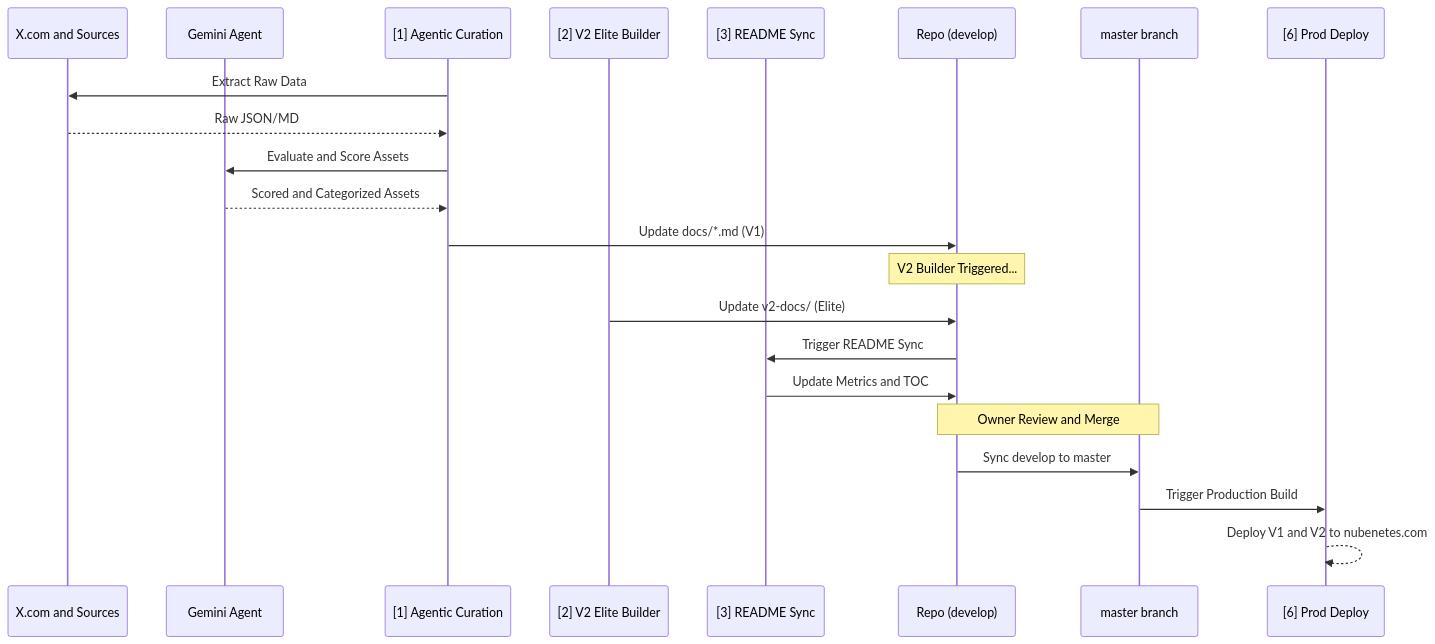
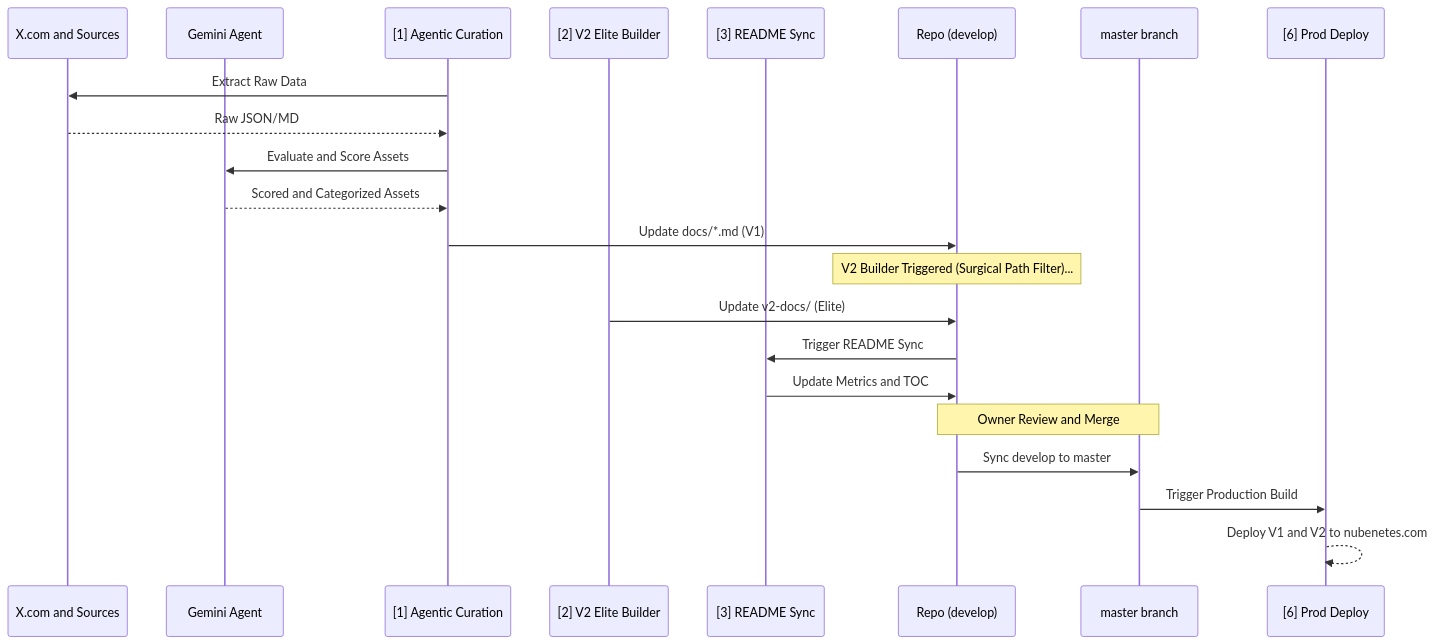
One commit to nubenetes/awesome-kubernetes changed the tenth of 11 diagrams in README.md. Above: the diagram before and after it, drawn with Mermaid. The commit also changed other lines of this file, not shown here.

Commit message:
docs: update README trigger logic documentation to match surgical strategy

````diff
--- a/README.md
+++ b/README.md
@@ -648,25 +649,25 @@
 ```mermaid
 sequenceDiagram
     participant X as X.com and Sources
     participant G as Gemini Agent
     participant W1 as [1] Agentic Curation
     participant W2 as [2] V2 Elite Builder
     participant W3 as [3] README Sync
     participant R as Repo (develop)
     participant M as master branch
     participant P as [6] Prod Deploy
 
     W1->>X: Extract Raw Data
     X-->>W1: Raw JSON/MD
     W1->>G: Evaluate and Score Assets
     G-->>W1: Scored and Categorized Assets
     W1->>R: Update docs/*.md (V1)
-    Note over R: V2 Builder Triggered...
+    Note over R: V2 Builder Triggered (Surgical Path Filter)...
     W2->>R: Update v2-docs/ (Elite)
     R->>W3: Trigger README Sync
     W3->>R: Update Metrics and TOC
     Note over R, M: Owner Review and Merge
     R->>M: Sync develop to master
     M->>P: Trigger Production Build
     P-->>P: Deploy V1 and V2 to nubenetes.com
 ```
````
